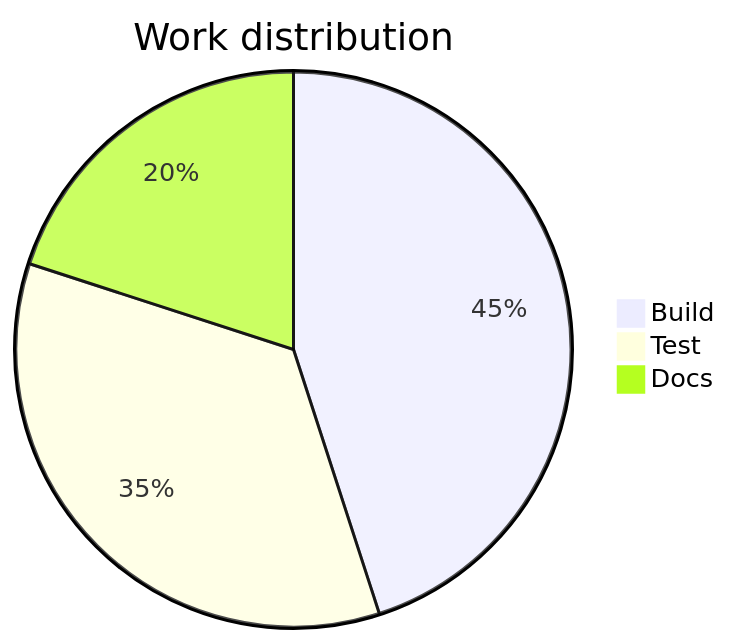
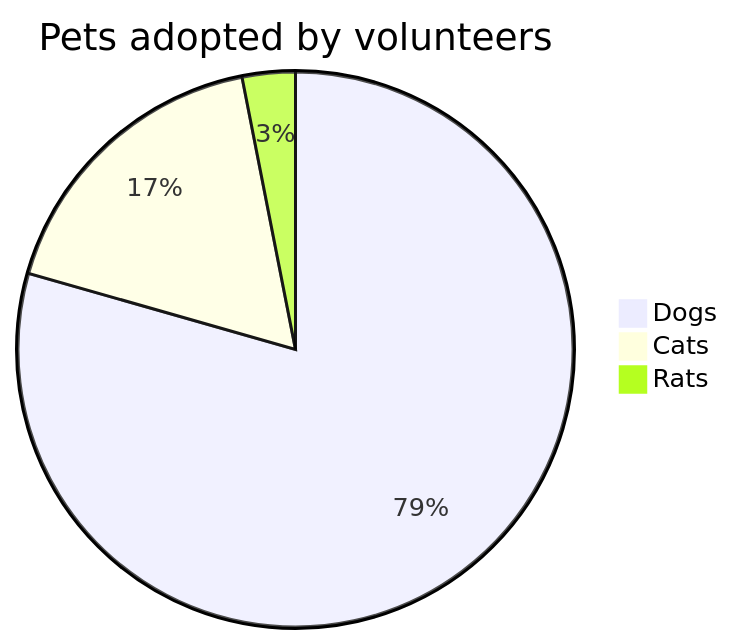
Before and after one commit to LozinLilis/auto-mermaid: the diagram in references/pie.md, drawn with Mermaid. The commit also changed other lines of this file and 42 other files, not shown here.

````diff
--- a/references/pie.md
+++ b/references/pie.md
@@ -8,6 +7,6 @@
 ```mermaid
-pie title Work distribution
-    "Build" : 45
-    "Test" : 35
-    "Docs" : 20
+pie title Pets adopted by volunteers
+    "Dogs" : 386
+    "Cats" : 85
+    "Rats" : 15
 ```
````
